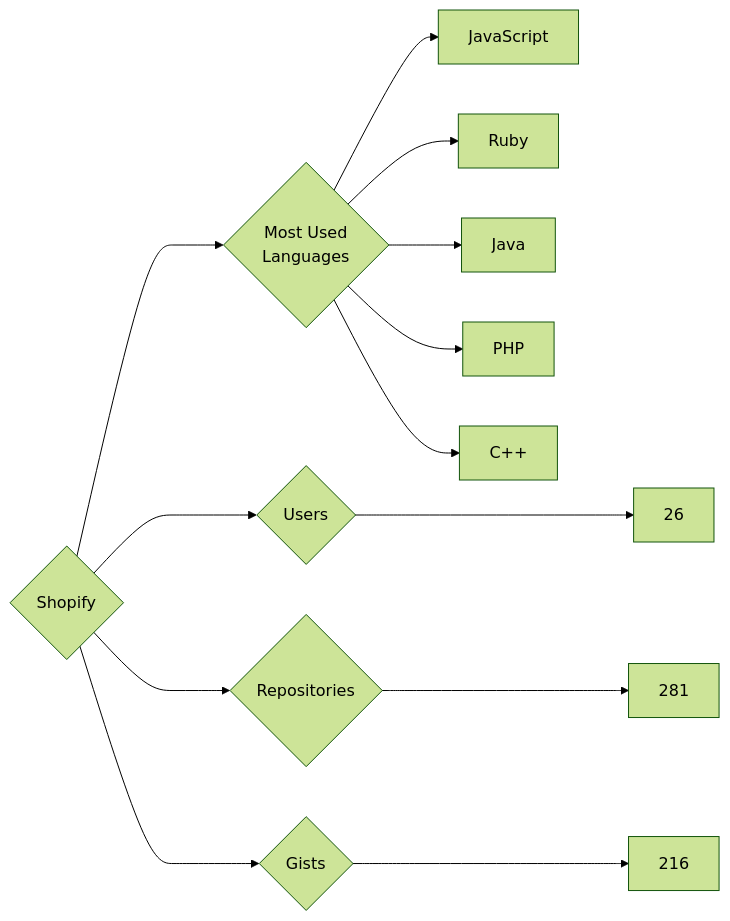
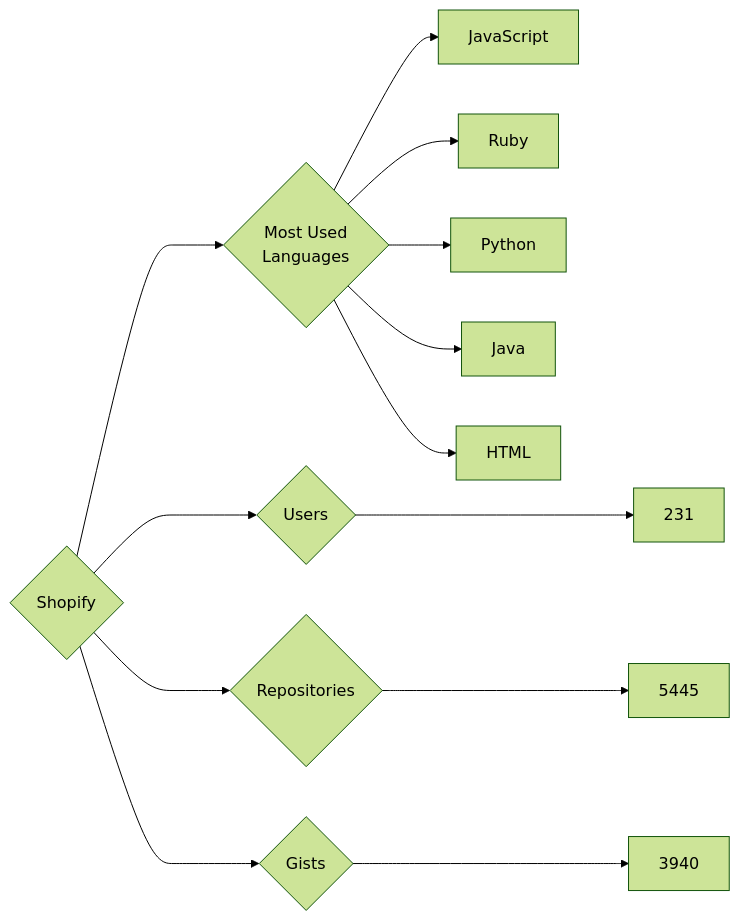
One commit to trickest/insiders changed the diagram in targets/Shopify/README.md. Above: the diagram before and after it, drawn with Mermaid (forest theme). The commit also changed 877 other files, not shown here.

````diff
--- a/targets/Shopify/README.md
+++ b/targets/Shopify/README.md
@@ -3,13 +3,13 @@
 ```mermaid
 graph LR
 COMPANY_NAME{Shopify}
-COMPANY_NAME ---> U{Users} ---> UN[26]
-COMPANY_NAME ---> R{Repositories} ---> RN[281]
-COMPANY_NAME ---> G{Gists} ---> GN[216]
+COMPANY_NAME ---> U{Users} ---> UN[231]
+COMPANY_NAME ---> R{Repositories} ---> RN[5445]
+COMPANY_NAME ---> G{Gists} ---> GN[3940]
 COMPANY_NAME ---> ML{Most Used<br>Languages}
 ML --> JavaScript[JavaScript]
 ML --> Ruby[Ruby]
+ML --> Python[Python]
 ML --> Java[Java]
-ML --> PHP[PHP]
-ML --> C++[C++]
+ML --> HTML[HTML]
 ```
````
